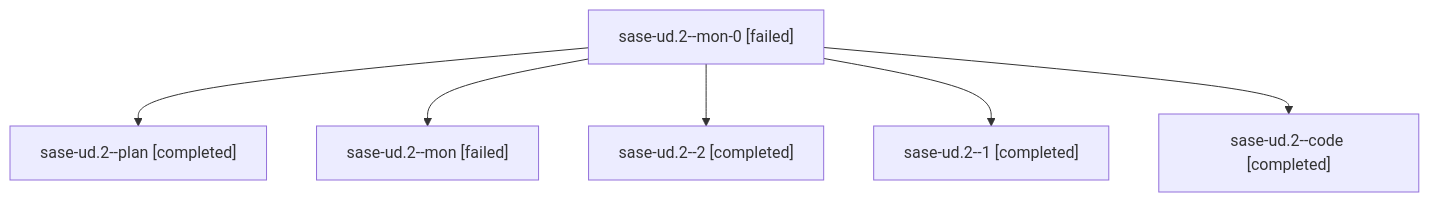
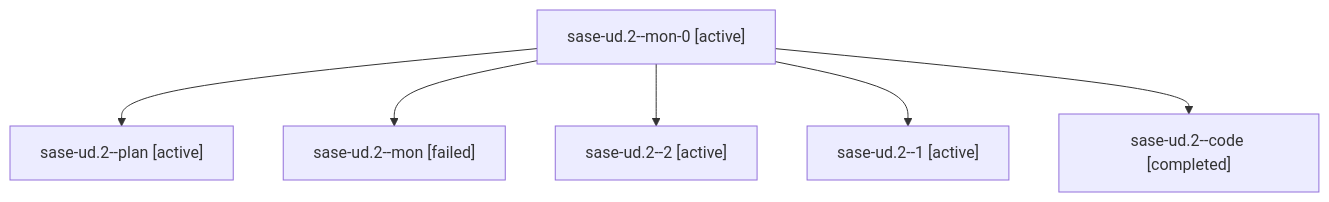
The diagram in families/bbugyi200.athena.sase-ud.2.md (sase-org/sase--agents), drawn with Mermaid before and after one commit. The commit also changed other lines of this file and 35830 other files, not shown here.

````diff
--- a/families/bbugyi200.athena.sase-ud.2.md
+++ b/families/bbugyi200.athena.sase-ud.2.md
@@ -9,14 +9,14 @@
 ```mermaid
 flowchart TD
-  n0["sase-ud.2--mon-0 [failed]"]
-  n1["sase-ud.2--plan [completed]"]
+  n0["sase-ud.2--mon-0 [active]"]
+  n1["sase-ud.2--plan [active]"]
   n0 --> n1
   n2["sase-ud.2--mon [failed]"]
   n0 --> n2
-  n3["sase-ud.2--2 [completed]"]
+  n3["sase-ud.2--2 [active]"]
   n0 --> n3
-  n4["sase-ud.2--1 [completed]"]
+  n4["sase-ud.2--1 [active]"]
   n0 --> n4
   n5["sase-ud.2--code [completed]"]
   n0 --> n5
 ```
````
